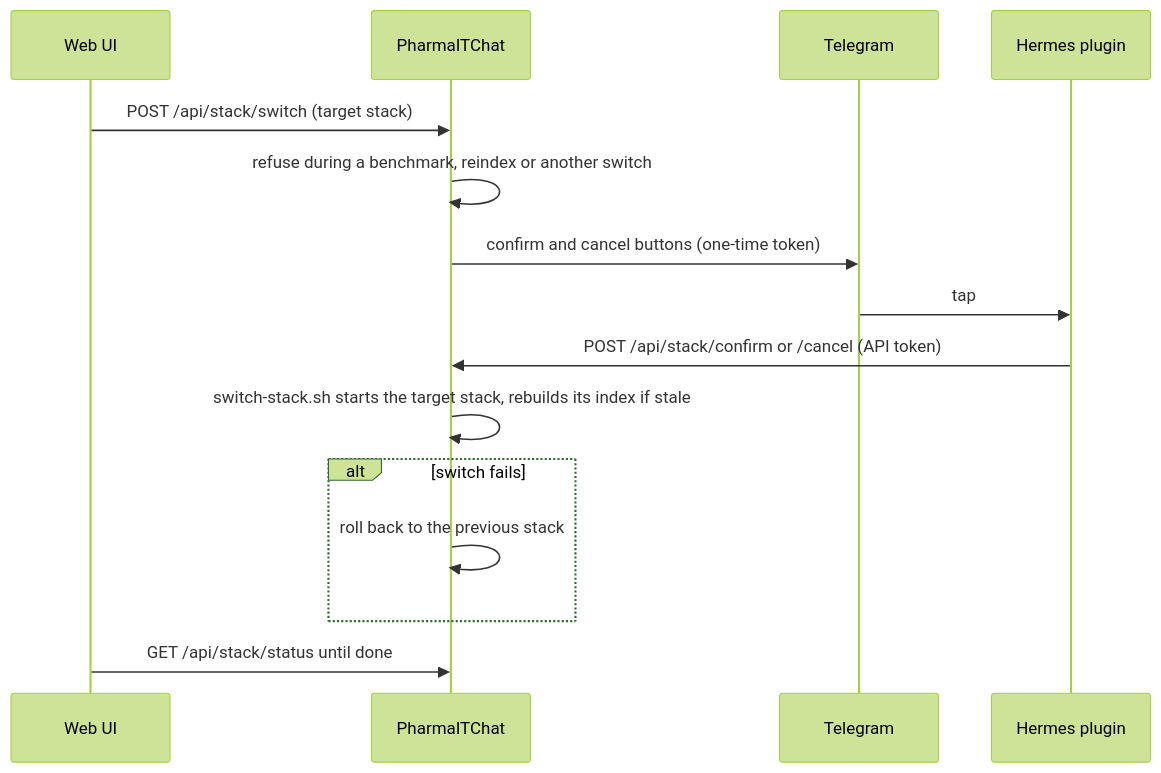
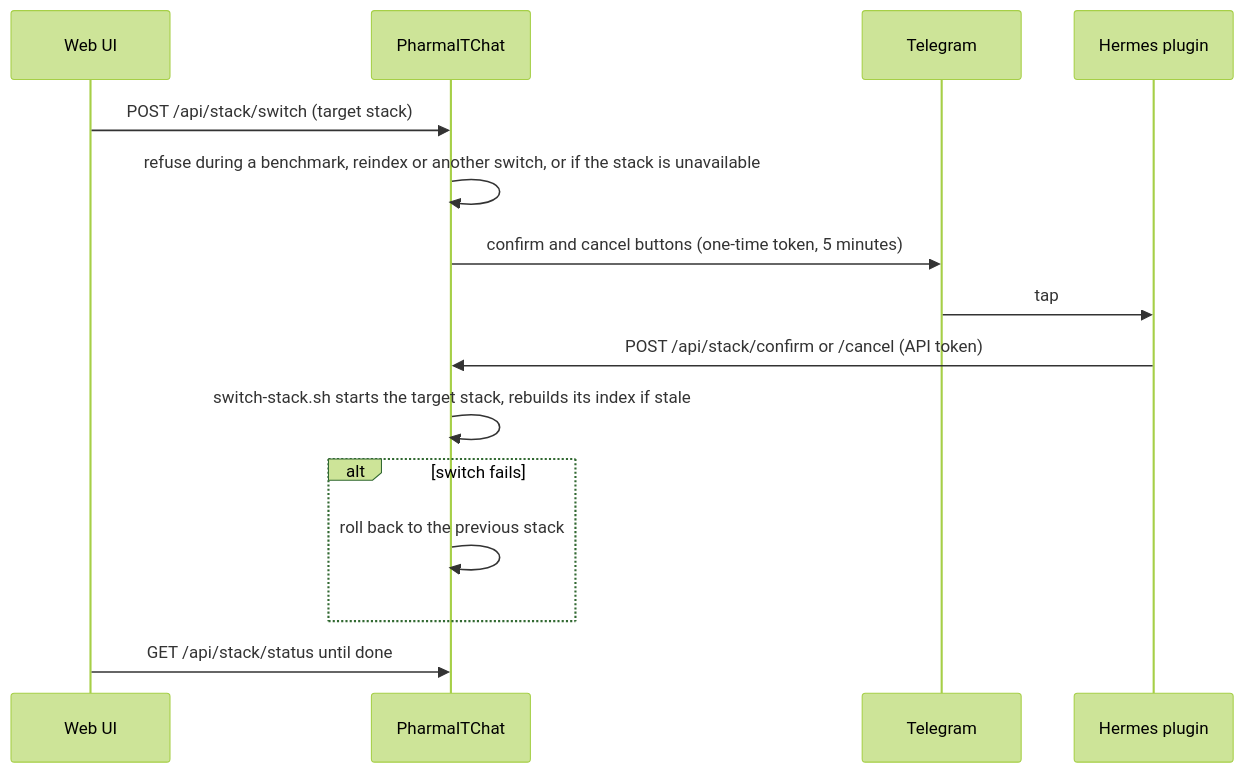
The seventh of 23 diagrams in README.md (sebdallais-git/PharmaIT_Chat_and_Digest), drawn with Mermaid (forest theme) before and after one commit. The commit also changed other lines of this file, not shown here.

````diff
--- a/README.md
+++ b/README.md
@@ -238,17 +387,17 @@
 ```mermaid
 sequenceDiagram
     participant UI as Web UI
     participant App as PharmaITChat
     participant TG as Telegram
     participant H as Hermes plugin
     UI->>App: POST /api/stack/switch (target stack)
-    App->>App: refuse during a benchmark, reindex or another switch
-    App->>TG: confirm and cancel buttons (one-time token)
+    App->>App: refuse during a benchmark, reindex or another switch, or if the stack is unavailable
+    App->>TG: confirm and cancel buttons (one-time token, 5 minutes)
     TG->>H: tap
     H->>App: POST /api/stack/confirm or /cancel (API token)
     App->>App: switch-stack.sh starts the target stack, rebuilds its index if stale
     alt switch fails
         App->>App: roll back to the previous stack
     end
     UI->>App: GET /api/stack/status until done
 ```
````
